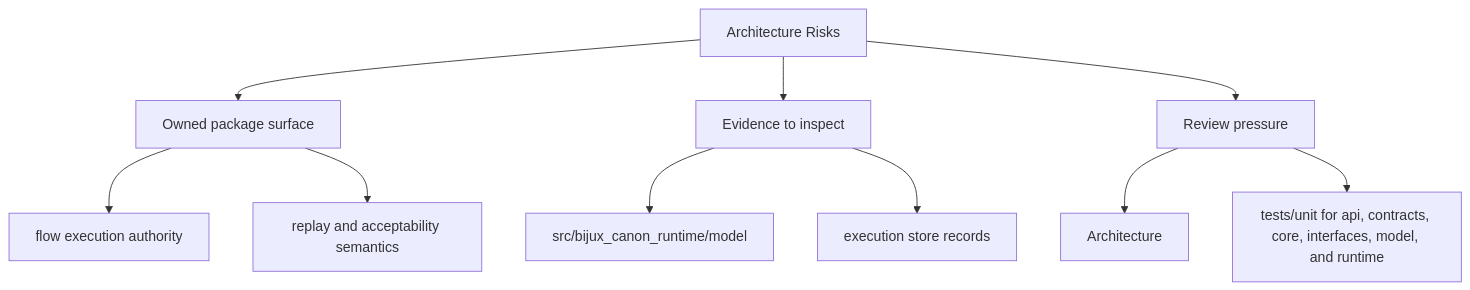
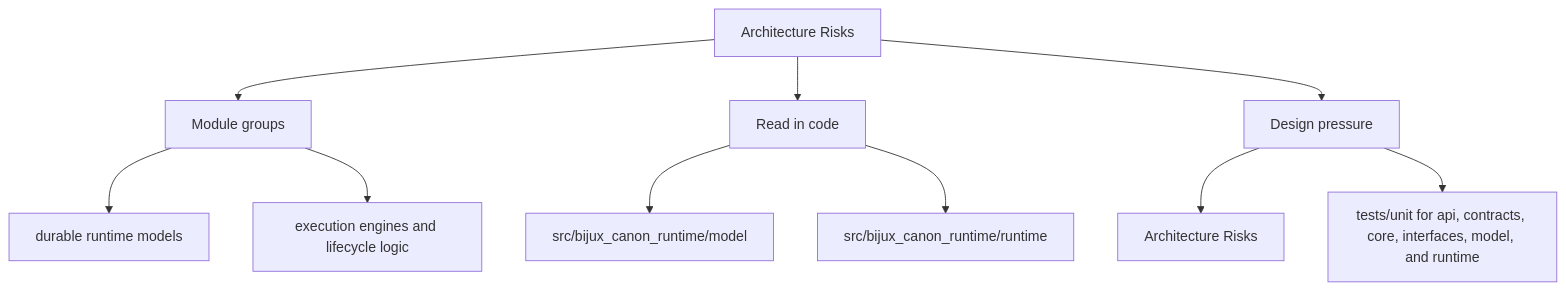
One commit to bijux/bijux-canon changed the second of 2 diagrams in docs/bijux-canon-runtime/architecture/architecture-risks.md. Above: the diagram before and after it, drawn with Mermaid. The commit also changed other lines of this file and 250 other files, not shown here.

Commit message:
docs(diagrams): make product page maps more readable

````diff
--- a/docs/bijux-canon-runtime/architecture/architecture-risks.md
+++ b/docs/bijux-canon-runtime/architecture/architecture-risks.md
@@ -34,22 +34,22 @@
 ```mermaid
 flowchart TD
     page["Architecture Risks"]
-    focus1["Owned package surface"]
+    focus1["Module groups"]
     page --> focus1
-    focus1_1["flow execution authority"]
+    focus1_1["durable runtime models"]
     focus1 --> focus1_1
-    focus1_2["replay and acceptability semantics"]
+    focus1_2["execution engines and lifecycle logic"]
     focus1 --> focus1_2
-    focus2["Evidence to inspect"]
+    focus2["Read in code"]
     page --> focus2
     focus2_1["src/bijux_canon_runtime/model"]
     focus2 --> focus2_1
-    focus2_2["execution store records"]
+    focus2_2["src/bijux_canon_runtime/runtime"]
     focus2 --> focus2_2
-    focus3["Review pressure"]
+    focus3["Design pressure"]
     page --> focus3
-    focus3_1["Architecture"]
+    focus3_1["Architecture Risks"]
     focus3 --> focus3_1
     focus3_2["tests/unit for api, contracts, core, interfaces, model, and runtime"]
     focus3 --> focus3_2
 ```
````
